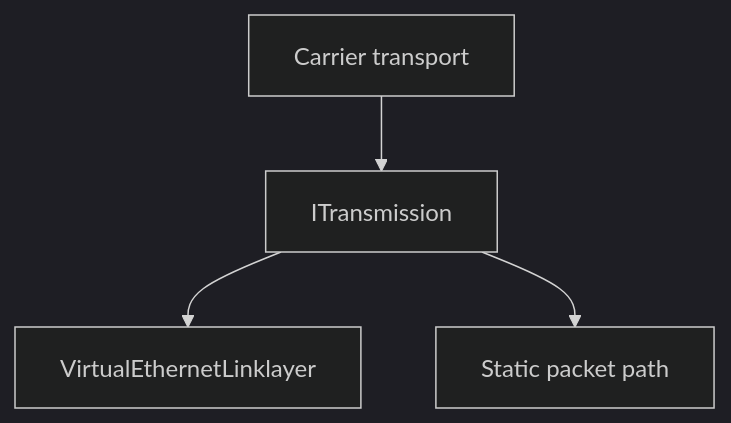
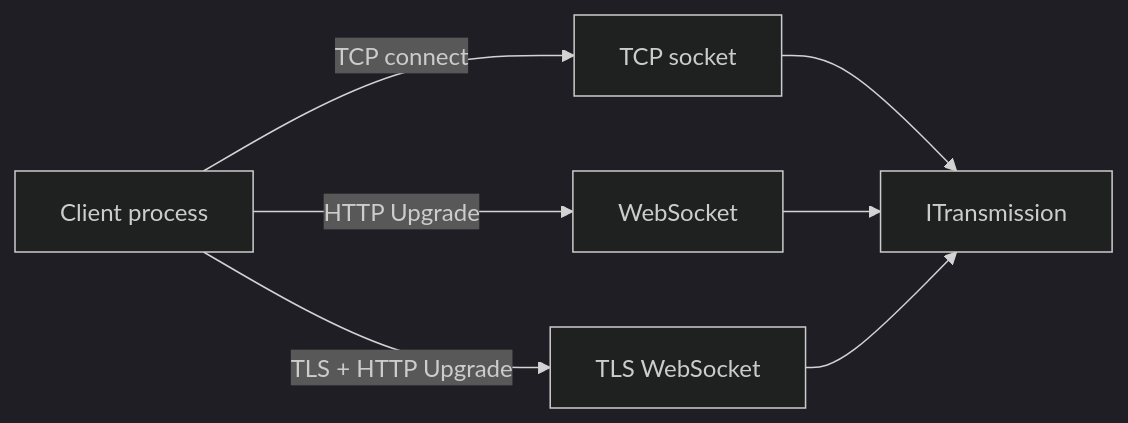
One commit to HyacinthHaru/openppp2 changed the second of 11 diagrams in docs/TUNNEL_DESIGN.md. Above: the diagram before and after it, drawn with Mermaid (dark theme). The commit also changed other lines of this file and 93 other files, not shown here.

````diff
--- a/docs/TUNNEL_DESIGN.md
+++ b/docs/TUNNEL_DESIGN.md
@@ -11,6 +67,9 @@
 ```mermaid
-graph TB
-    A[Carrier transport] --> B[ITransmission]
-    B --> C[VirtualEthernetLinklayer]
-    B --> D[Static packet path]
+flowchart LR
+    A[Client process] -->|TCP connect| B[TCP socket]
+    A -->|HTTP Upgrade| C[WebSocket]
+    A -->|TLS + HTTP Upgrade| D[TLS WebSocket]
+    B --> E[ITransmission]
+    C --> E
+    D --> E
 ```
````
